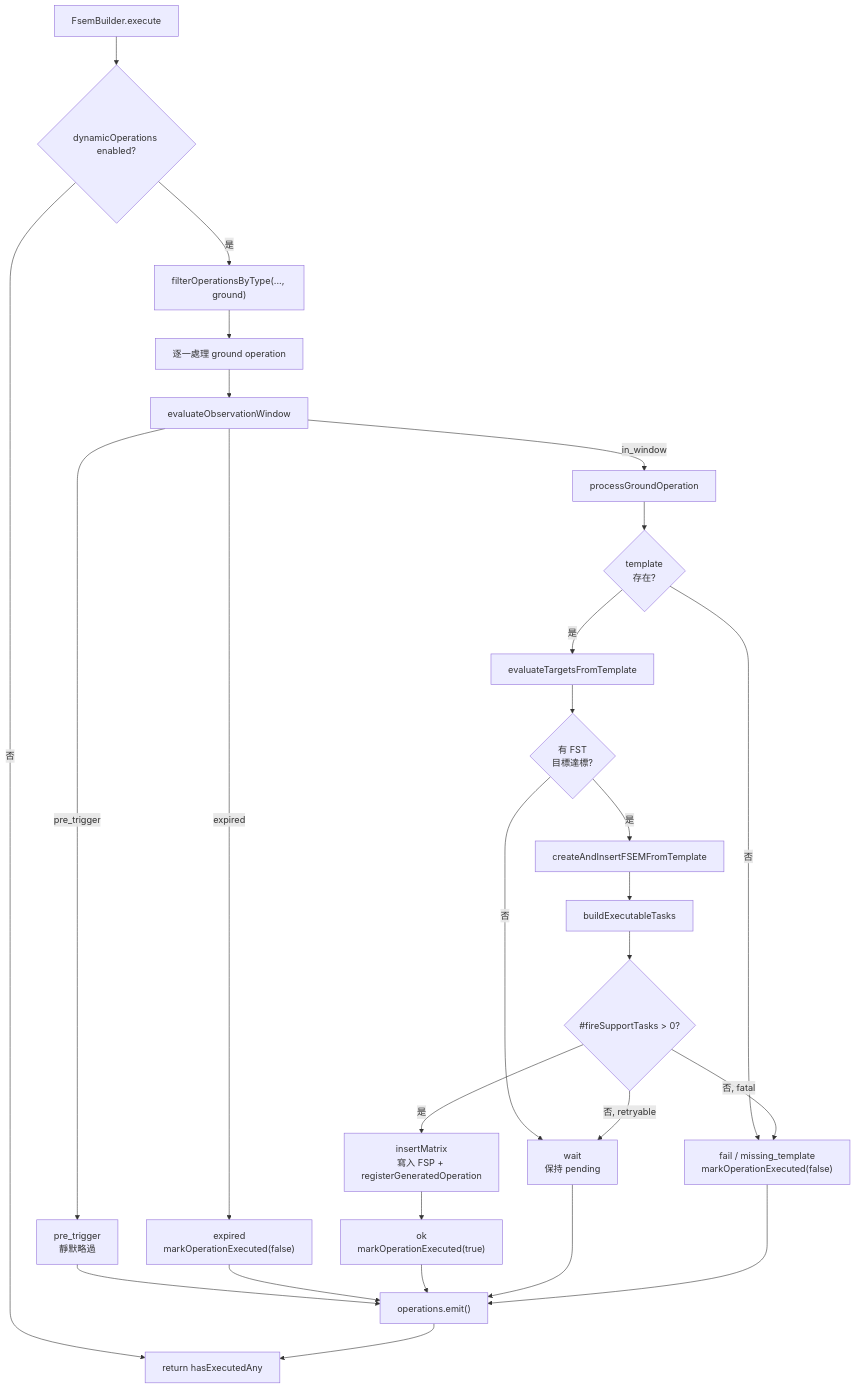
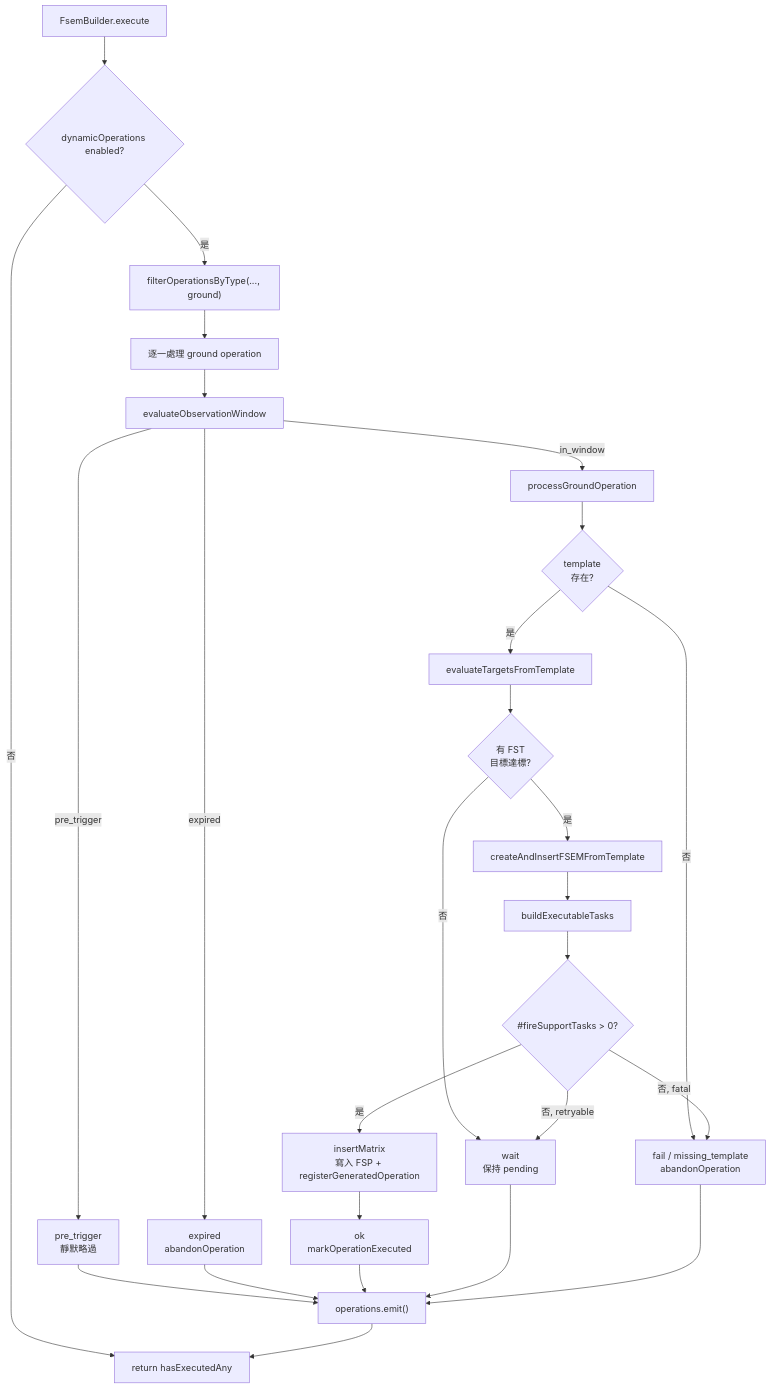
The second of 2 diagrams in docs/strikePlanner/fsemBuilder.md (pullupjumper/formosa-in-flames), drawn with Mermaid before and after one commit. The commit also changed other lines of this file and 4 other files, not shown here.

````diff
--- a/docs/strikePlanner/fsemBuilder.md
+++ b/docs/strikePlanner/fsemBuilder.md
@@ -118,41 +120,41 @@
 ```mermaid
 flowchart TD
     ENTRY["FsemBuilder.execute"]
     ENABLED{"dynamicOperations enabled?"}
     FILTER["filterOperationsByType(..., ground)"]
     LOOP["逐一處理 ground operation"]
     WINDOW["evaluateObservationWindow"]
     PRE["pre_trigger<br>靜默略過"]
-    EXPIRED["expired<br>markOperationExecuted(false)"]
+    EXPIRED["expired<br>abandonOperation"]
     PROCESS["processGroundOperation"]
     TEMPLATE{"template<br>存在?"}
     TARGETS["evaluateTargetsFromTemplate"]
     TARGET_OK{"有 FST<br>目標達標?"}
     CREATE["createAndInsertFSEMFromTemplate"]
     BUILD["buildExecutableTasks"]
     TASK_OK{"#fireSupportTasks > 0?"}
     INSERT["insertMatrix<br>寫入 FSP + registerGeneratedOperation"]
-    OK["ok<br>markOperationExecuted(true)"]
+    OK["ok<br>markOperationExecuted"]
     WAIT["wait<br>保持 pending"]
-    FAIL["fail / missing_template<br>markOperationExecuted(false)"]
+    FAIL["fail / missing_template<br>abandonOperation"]
     LOG["operations.emit()"]
     RETURN["return hasExecutedAny"]
 
     ENTRY --> ENABLED
     ENABLED -->|否| RETURN
     ENABLED -->|是| FILTER --> LOOP --> WINDOW
     WINDOW -->|pre_trigger| PRE --> LOG
     WINDOW -->|expired| EXPIRED --> LOG
     WINDOW -->|in_window| PROCESS --> TEMPLATE
     TEMPLATE -->|否| FAIL
     TEMPLATE -->|是| TARGETS --> TARGET_OK
     TARGET_OK -->|否| WAIT
     TARGET_OK -->|是| CREATE --> BUILD --> TASK_OK
     TASK_OK -->|否, retryable| WAIT
     TASK_OK -->|否, fatal| FAIL
     TASK_OK -->|是| INSERT --> OK
     OK --> LOG
     WAIT --> LOG
     FAIL --> LOG
     LOG --> RETURN
 ```
````
